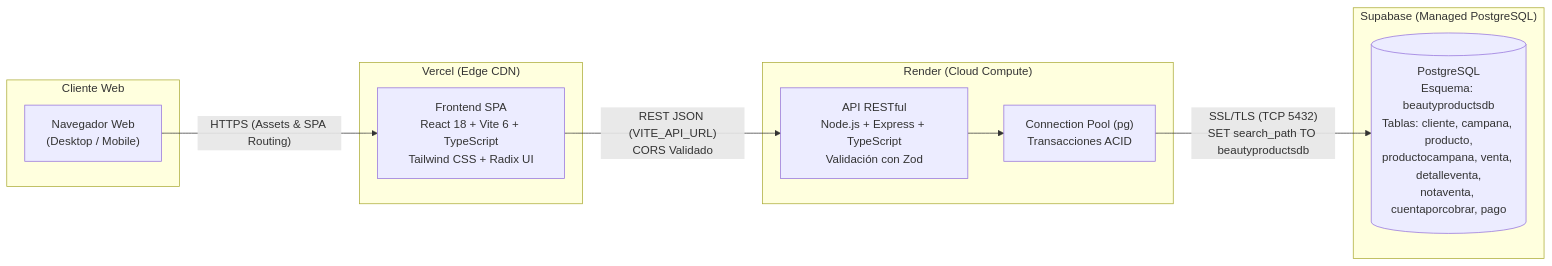
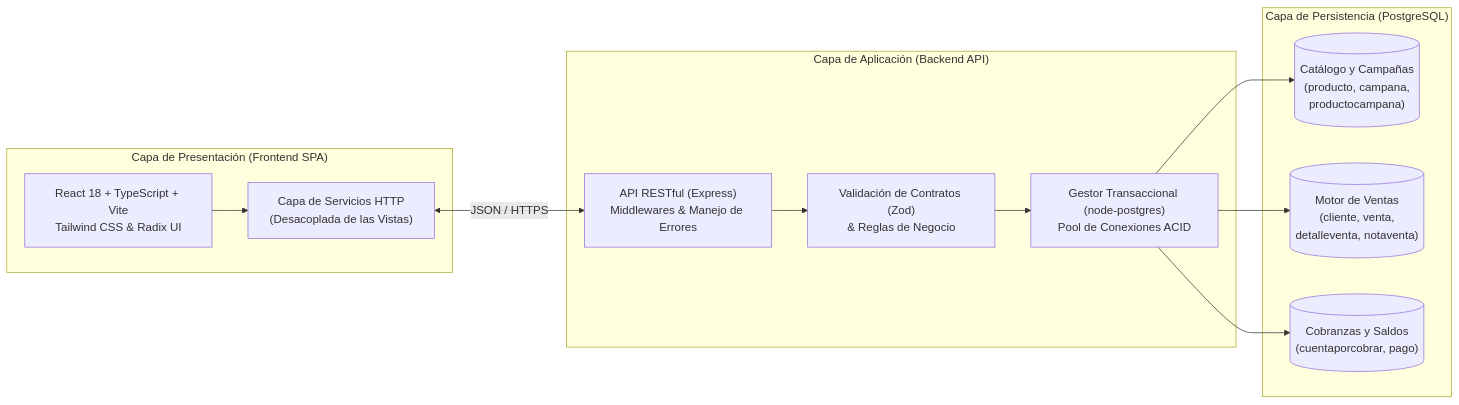
The diagram in README.md (AnderAD21/beauty-products-app), drawn with Mermaid before and after one commit. The commit also changed other lines of this file, not shown here.

Commit message:
docs: refine README to focus on domain problem, methodologies, and clean architecture

````diff
--- a/README.md
+++ b/README.md
@@ -22,24 +47,26 @@
 ```mermaid
 flowchart LR
-    subgraph Cliente["Cliente Web"]
-        Browser["Navegador Web<br/>(Desktop / Mobile)"]
+    subgraph Presentation["Capa de Presentación (Frontend SPA)"]
+        UI["React 18 + TypeScript + Vite<br/>Tailwind CSS & Radix UI"]
+        Services["Capa de Servicios HTTP<br/>(Desacoplada de las Vistas)"]
+        UI --> Services
     end
 
-    subgraph Vercel["Vercel (Edge CDN)"]
-        SPA["Frontend SPA<br/>React 18 + Vite 6 + TypeScript<br/>Tailwind CSS + Radix UI"]
+    subgraph Application["Capa de Aplicación (Backend API)"]
+        Router["API RESTful (Express)<br/>Middlewares & Manejo de Errores"]
+        Validation["Validación de Contratos (Zod)<br/>& Reglas de Negocio"]
+        TxPool["Gestor Transaccional (node-postgres)<br/>Pool de Conexiones ACID"]
+        Router --> Validation --> TxPool
     end
 
-    subgraph Render["Render (Cloud Compute)"]
-        API["API RESTful<br/>Node.js + Express + TypeScript<br/>Validación con Zod"]
-        Pool["Connection Pool (pg)<br/>Transacciones ACID"]
+    subgraph Persistence["Capa de Persistencia (PostgreSQL)"]
+        Catalog[("Catálogo y Campañas<br/>(producto, campana,<br/>productocampana)")]
+        Sales[("Motor de Ventas<br/>(cliente, venta,<br/>detalleventa, notaventa)")]
+        Finance[("Cobranzas y Saldos<br/>(cuentaporcobrar, pago)")]
     end
 
-    subgraph Supabase["Supabase (Managed PostgreSQL)"]
-        DB[("PostgreSQL<br/>Esquema: beautyproductsdb<br/>Tablas: cliente, campana, producto,<br/>productocampana, venta, detalleventa,<br/>notaventa, cuentaporcobrar, pago")]
-    end
-
-    Browser -->|"HTTPS (Assets & SPA Routing)"| SPA
-    SPA -->|"REST JSON (VITE_API_URL)<br/>CORS Validado"| API
-    API --> Pool
-    Pool -->|"SSL/TLS (TCP 5432)<br/>SET search_path TO beautyproductsdb"| DB
+    Services <-->|"JSON / HTTPS"| Router
+    TxPool --> Catalog
+    TxPool --> Sales
+    TxPool --> Finance
 ```
````
